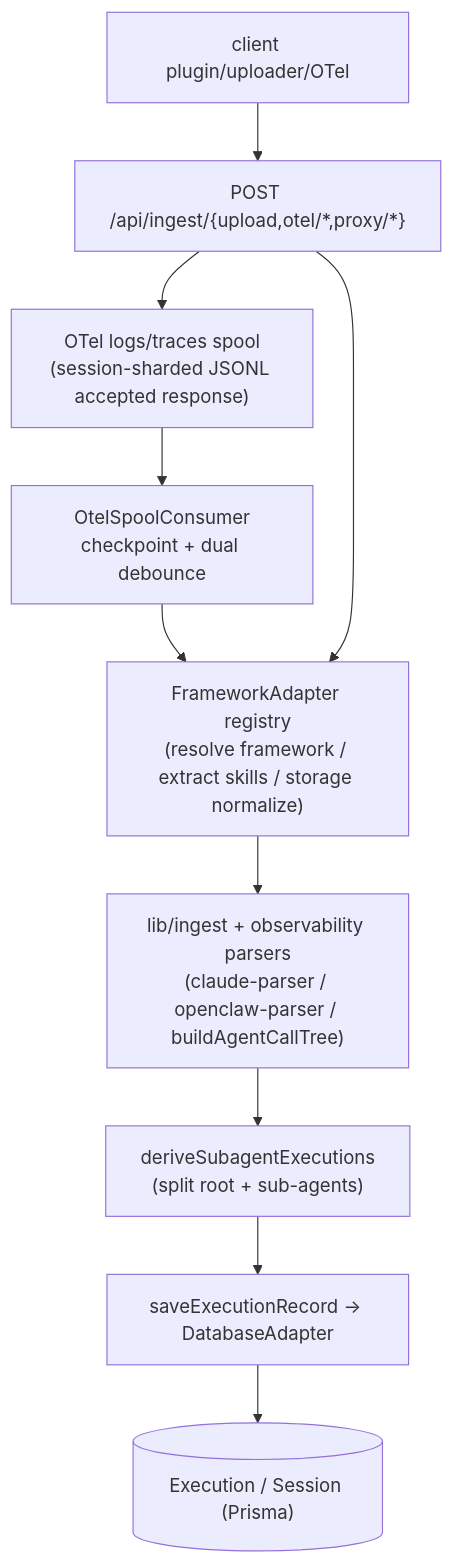
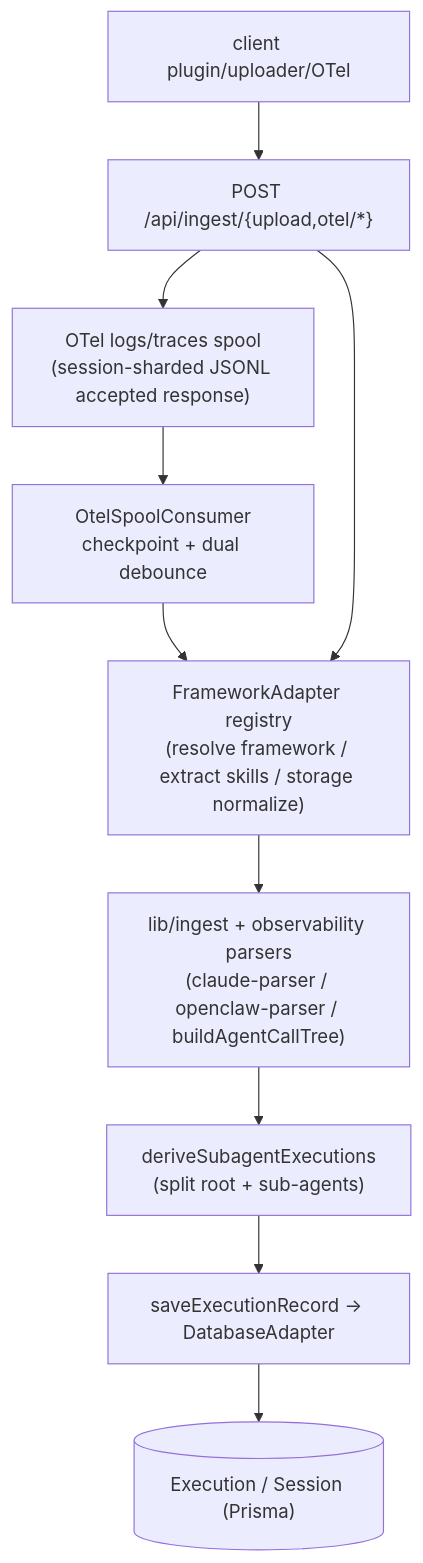
Before and after one commit to openeuler-mirror/agent-insight: the second of 6 diagrams in docs/developer-guide/05-data-and-control-flow.md, drawn with Mermaid. The commit also changed other lines of this file and 8 other files, not shown here.

````diff
--- a/docs/developer-guide/05-data-and-control-flow.md
+++ b/docs/developer-guide/05-data-and-control-flow.md
@@ -61,12 +63,12 @@
 ```mermaid
 flowchart TD
-    client["client plugin/uploader/OTel"] --> route["POST /api/ingest/{upload,otel/*,proxy/*}"]
+    client["client plugin/uploader/OTel"] --> route["POST /api/ingest/{upload,otel/*}"]
     route --> otelspool["OTel logs/traces spool\n(session-sharded JSONL accepted response)"]
     otelspool --> consumer["OtelSpoolConsumer\ncheckpoint + dual debounce"]
     consumer --> adapter["FrameworkAdapter registry\n(resolve framework / extract skills / storage normalize)"]
     route --> adapter
     adapter --> parse["lib/ingest + observability parsers\n(claude-parser / openclaw-parser / buildAgentCallTree)"]
     parse --> derive["deriveSubagentExecutions\n(split root + sub-agents)"]
     derive --> save["saveExecutionRecord → DatabaseAdapter"]
     save --> db[("Execution / Session (Prisma)")]
 ```
````
